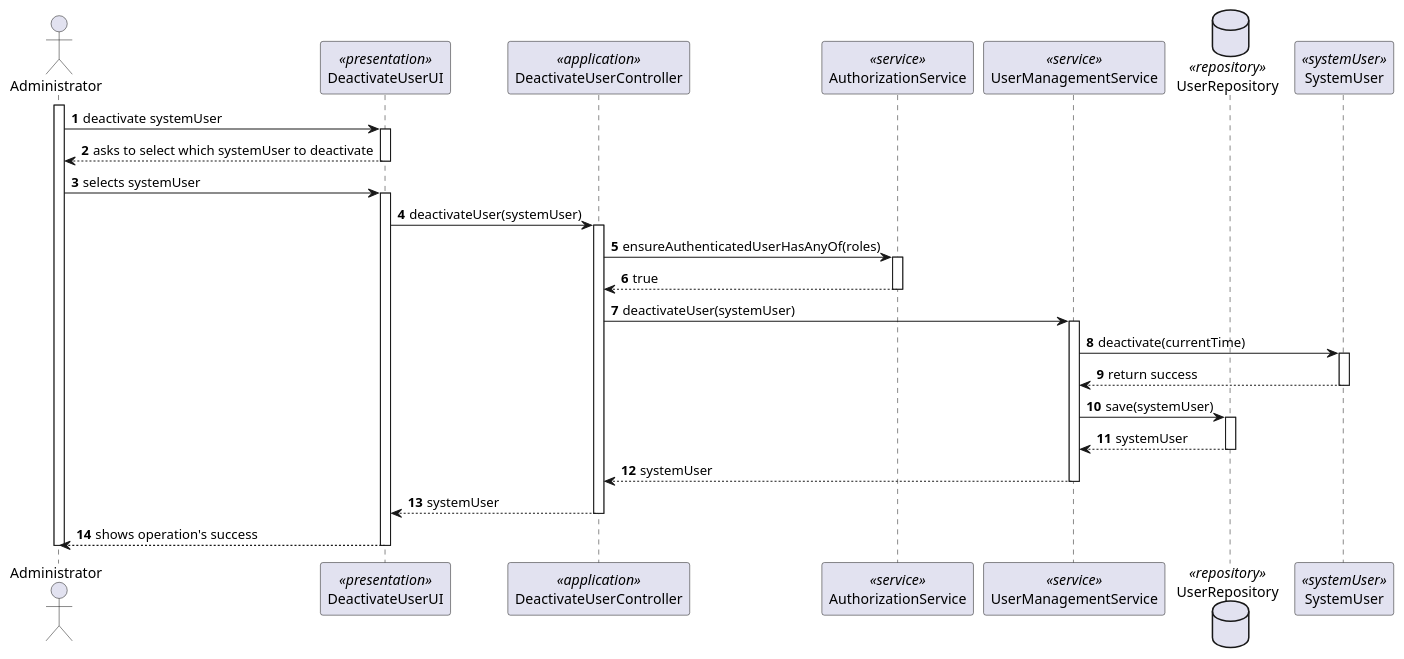
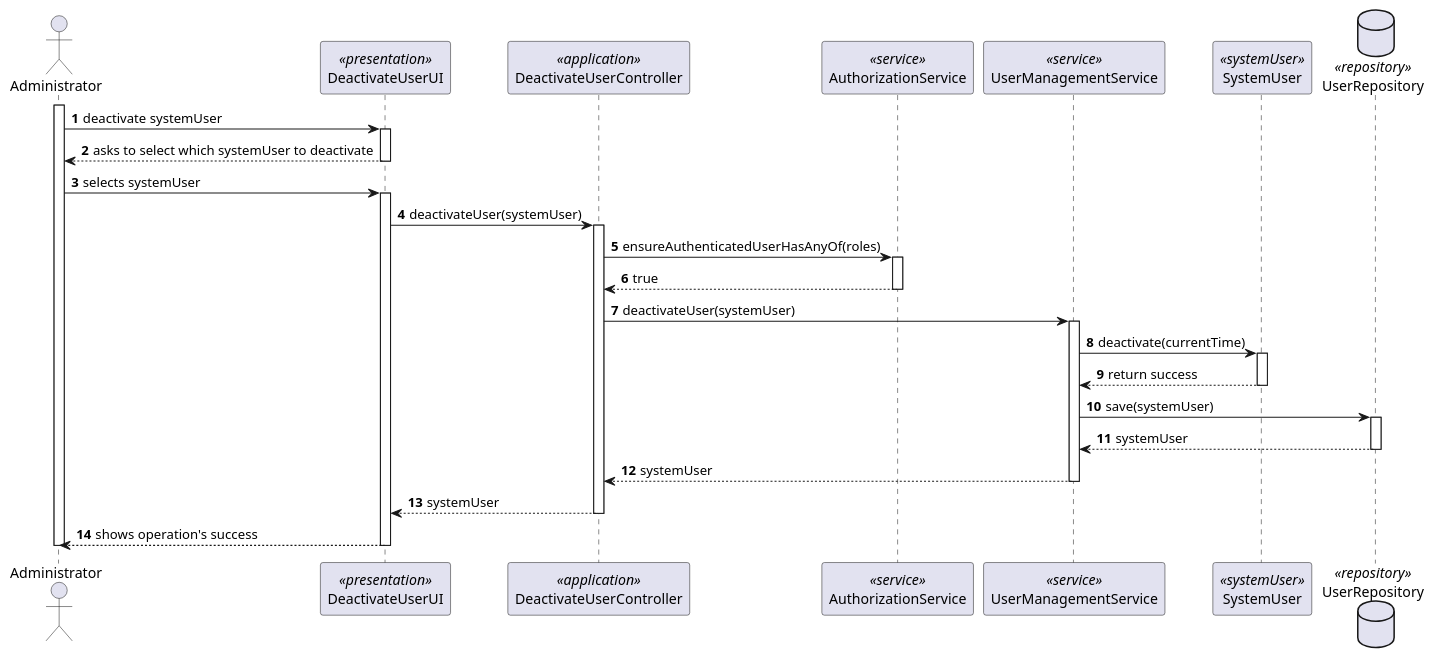
One commit to MiguelCardoso77/LAPR4 changed the diagram in docs/SprintB/1000/1000-sequence-diagram-deactivateUser.puml. Above: the diagram before and after it, drawn with PlantUML. The commit also changed 1 other file, not shown here.

Commit message:
#8 sequence diagram for deactivate a user update

```diff
--- a/docs/SprintB/1000/1000-sequence-diagram-deactivateUser.puml
+++ b/docs/SprintB/1000/1000-sequence-diagram-deactivateUser.puml
@@ -1,75 +1,75 @@
 @startuml
 autonumber
 
 
 actor Administrator
 
 participant DeactivateUserUI <<presentation>>
 participant DeactivateUserController<<application>>
 participant AuthorizationService <<service>>
 participant UserManagementService <<service>>
 participant SystemUser <<systemUser>>
 database UserRepository <<repository>>
-participant SystemUser <<systemUser>>
+
 
 activate Administrator
 
 
     Administrator -> DeactivateUserUI: deactivate systemUser
 
         activate DeactivateUserUI
 
     DeactivateUserUI --> Administrator: asks to select which systemUser to deactivate
 
         deactivate DeactivateUserUI
 
     Administrator -> DeactivateUserUI: selects systemUser
 
         activate DeactivateUserUI
 
     DeactivateUserUI -> DeactivateUserController: deactivateUser(systemUser)
 
         activate DeactivateUserController
 
     DeactivateUserController -> AuthorizationService: ensureAuthenticatedUserHasAnyOf(roles)
 
         activate AuthorizationService
 
     AuthorizationService --> DeactivateUserController: true
 
         deactivate AuthorizationService
 
     DeactivateUserController -> UserManagementService: deactivateUser(systemUser)
 
         activate UserManagementService
 
     UserManagementService -> SystemUser: deactivate(currentTime)
         activate SystemUser
 
     SystemUser --> UserManagementService: return success
 
         deactivate SystemUser
 
     UserManagementService -> UserRepository: save(systemUser)
 
         activate UserRepository
 
     UserRepository --> UserManagementService: systemUser
 
         deactivate UserRepository
 
     UserManagementService --> DeactivateUserController: systemUser
 
         deactivate UserManagementService
 
     DeactivateUserController --> DeactivateUserUI: systemUser
 
         deactivate DeactivateUserController
 
     DeactivateUserUI --> Administrator : shows operation's success
 
         deactivate DeactivateUserUI
 
         deactivate Administrator
 
 @enduml
```
